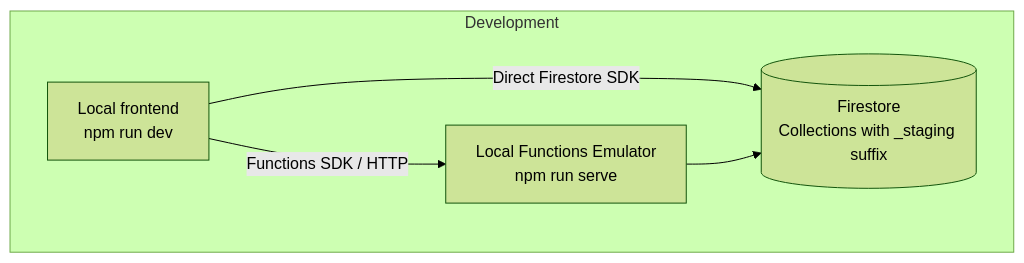
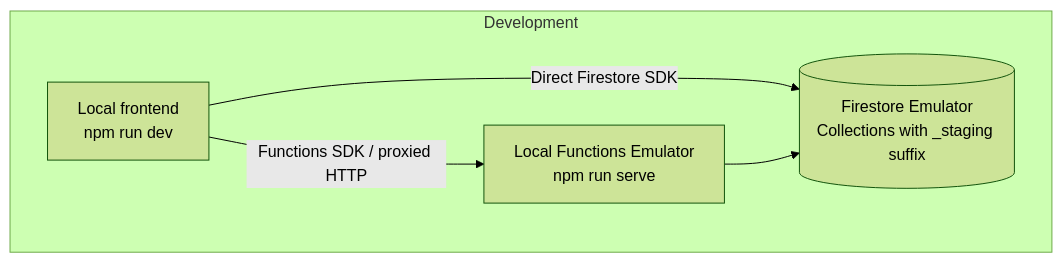
The second of 2 diagrams in DEVELOPMENT.md (Computer-Society-ITBA/quantumjam-webpage), drawn with Mermaid (forest theme) before and after one commit. The commit also changed other lines of this file and 23 other files, not shown here.

````diff
--- a/DEVELOPMENT.md
+++ b/DEVELOPMENT.md
@@ -91,12 +131,12 @@
 ```mermaid
 flowchart TB
     subgraph DEV["Development"]
         DFE["Local frontend<br/>npm run dev"]
         DF["Local Functions Emulator<br/>npm run serve"]
-        DDB[("Firestore<br/>Collections with _staging suffix")]
+        DDB[("Firestore Emulator<br/>Collections with _staging suffix")]
 
         DFE -->|"Direct Firestore SDK"| DDB
-        DFE -->|"Functions SDK / HTTP"| DF
+        DFE -->|"Functions SDK / proxied HTTP"| DF
         DF --> DDB
     end
 ```
````
